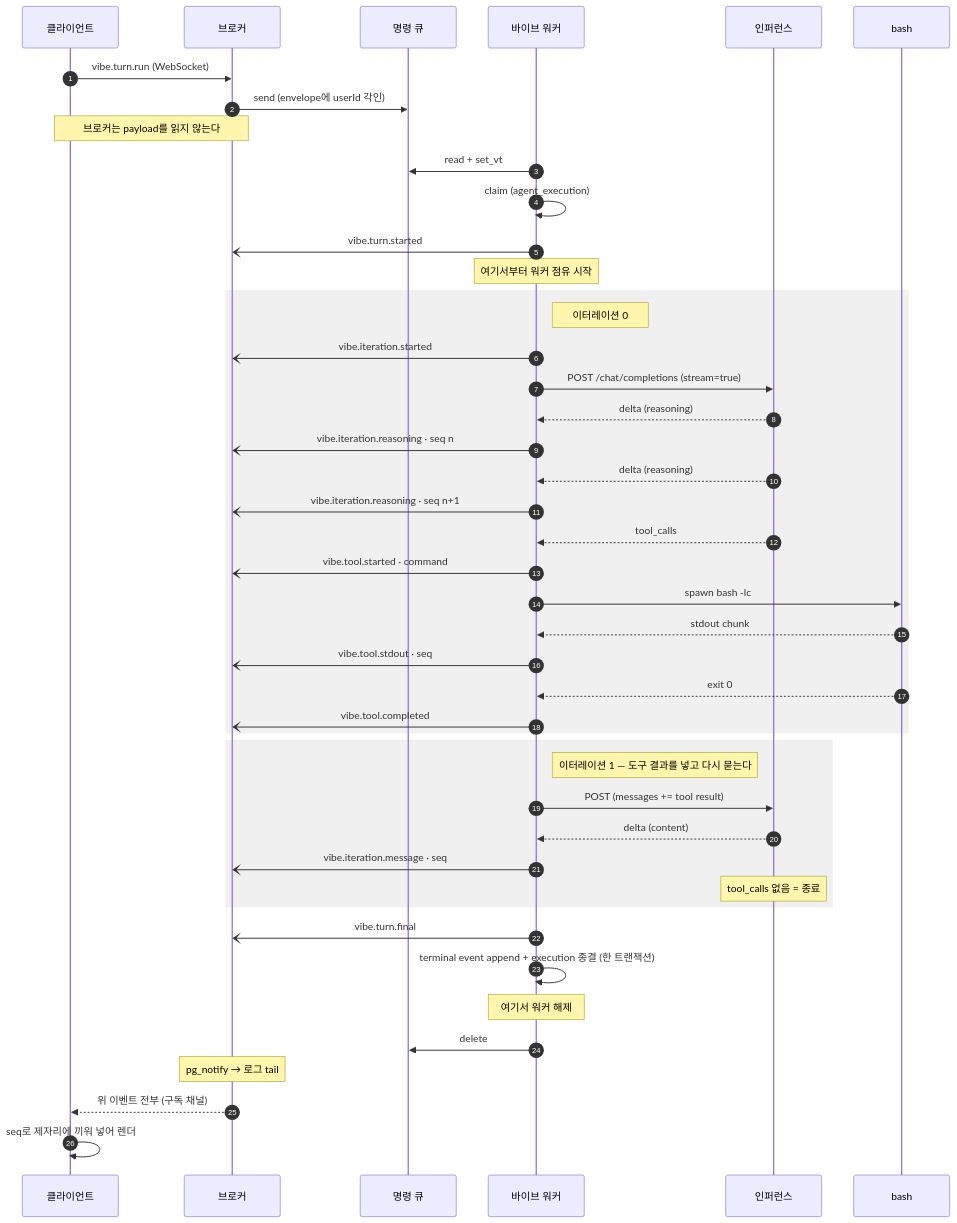
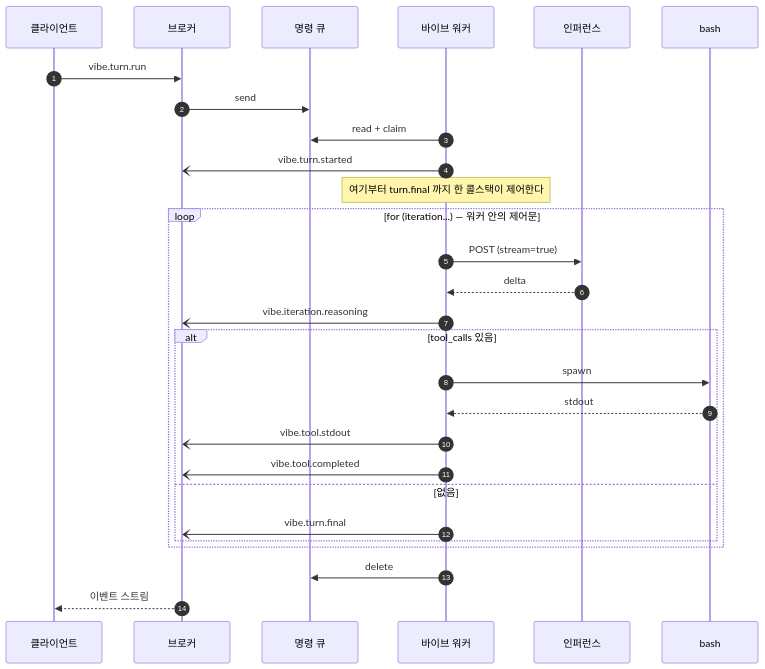
Before and after one commit to hikaMaeng/ndx_business: the first of 2 diagrams in apps/vibeagent/docs/turn-sequence.md, drawn with Mermaid. The commit also changed other lines of this file and 46 other files, not shown here.

````diff
--- a/apps/vibeagent/docs/turn-sequence.md
+++ b/apps/vibeagent/docs/turn-sequence.md
@@ -28,53 +50,32 @@
 ```mermaid
 sequenceDiagram
     autonumber
     participant C as 클라이언트
     participant B as 브로커
     participant Q as 명령 큐
     participant W as 바이브 워커
     participant I as 인퍼런스
     participant S as bash
 
-    C->>B: vibe.turn.run (WebSocket)
-    B->>Q: send (envelope에 userId 각인)
-    Note over C,B: 브로커는 payload를 읽지 않는다
+    C->>B: vibe.turn.run
+    B->>Q: send
+    W->>Q: read + claim
+    W-)B: vibe.turn.started
+    Note over W: 여기부터 turn.final 까지 한 콜스택이 제어한다
 
-    W->>Q: read + set_vt
-    W->>W: claim (agent_execution)
-    W-)B: vibe.turn.started
-    Note over W: 여기서부터 워커 점유 시작
-
-    rect rgba(128,128,128,0.12)
-    note right of W: 이터레이션 0
-    W-)B: vibe.iteration.started
-    W->>I: POST /chat/completions (stream=true)
-    I-->>W: delta (reasoning)
-    W-)B: vibe.iteration.reasoning · seq n
-    I-->>W: delta (reasoning)
-    W-)B: vibe.iteration.reasoning · seq n+1
-    I-->>W: tool_calls
-    W-)B: vibe.tool.started · command
-    W->>S: spawn bash -lc
-    S-->>W: stdout chunk
-    W-)B: vibe.tool.stdout · seq
-    S-->>W: exit 0
-    W-)B: vibe.tool.completed
+    loop for (iteration...) — 워커 안의 제어문
+        W->>I: POST (stream=true)
+        I-->>W: delta
+        W-)B: vibe.iteration.reasoning
+        alt tool_calls 있음
+            W->>S: spawn
+            S-->>W: stdout
+            W-)B: vibe.tool.stdout
+            W-)B: vibe.tool.completed
+        else 없음
+            W-)B: vibe.turn.final
+        end
     end
-
-    rect rgba(128,128,128,0.12)
-    note right of W: 이터레이션 1 — 도구 결과를 넣고 다시 묻는다
-    W->>I: POST (messages += tool result)
-    I-->>W: delta (content)
-    W-)B: vibe.iteration.message · seq
-    Note over I: tool_calls 없음 = 종료
-    end
-
-    W-)B: vibe.turn.final
-    W->>W: terminal event append + execution 종결 (한 트랜잭션)
-    Note over W: 여기서 워커 해제
     W->>Q: delete
-
-    Note over B: pg_notify → 로그 tail
-    B-->>C: 위 이벤트 전부 (구독 채널)
-    C->>C: seq로 제자리에 끼워 넣어 렌더
+    B-->>C: 이벤트 스트림
 ```
````
